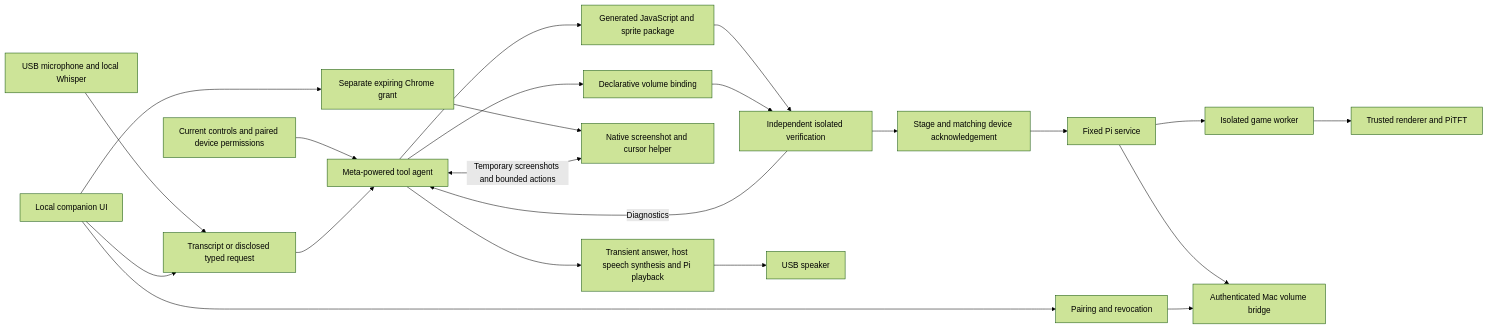
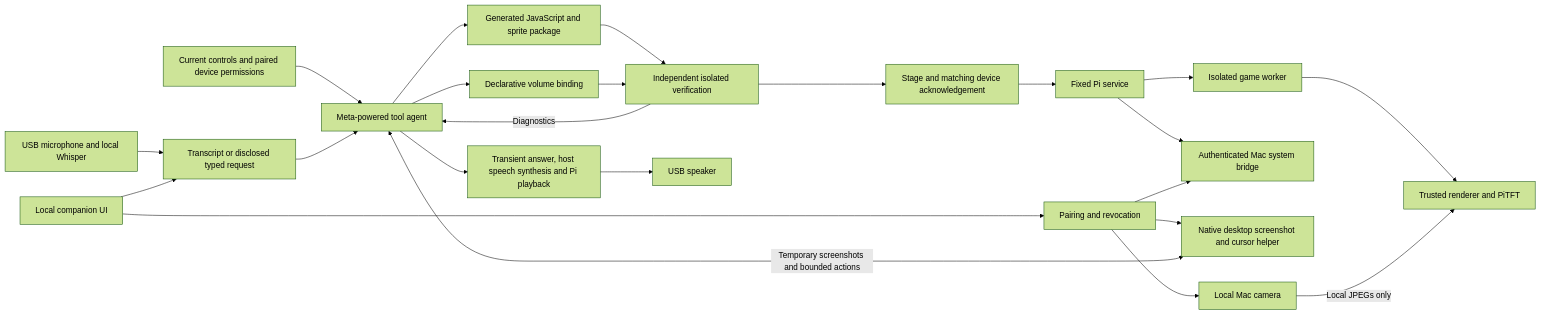
One commit to Divyesh-Thirukonda/cruise changed the diagram in context/architecture.md. Above: the diagram before and after it, drawn with Mermaid (forest theme). The commit also changed other lines of this file and 8 other files, not shown here.

Commit message:
Record paired Mac camera and native desktop validation

````diff
--- a/context/architecture.md
+++ b/context/architecture.md
@@ -9,24 +11,25 @@
 ```mermaid
 flowchart LR
     V[USB microphone and local Whisper] --> Q[Transcript or disclosed typed request]
     C[Current controls and paired device permissions] --> M[Meta-powered tool agent]
     Q --> M
     M --> G[Generated JavaScript and sprite package]
     M --> B[Declarative volume binding]
     G --> T[Independent isolated verification]
     B --> T
     T -->|Diagnostics| M
     T --> A[Stage and matching device acknowledgement]
     A --> R[Fixed Pi service]
     R --> J[Isolated game worker]
     J --> D[Trusted renderer and PiTFT]
-    R --> H[Authenticated Mac volume bridge]
+    R --> H[Authenticated Mac system bridge]
     U[Local companion UI] --> Q
     U --> P[Pairing and revocation]
     P --> H
-    U --> S[Separate expiring Chrome grant]
-    S --> N[Native screenshot and cursor helper]
+    P --> N[Native desktop screenshot and cursor helper]
     M <-->|Temporary screenshots and bounded actions| N
+    P --> K[Local Mac camera]
+    K -->|Local JPEGs only| D
     M --> E[Transient answer, host speech synthesis and Pi playback]
     E --> O[USB speaker]
 ```
````
